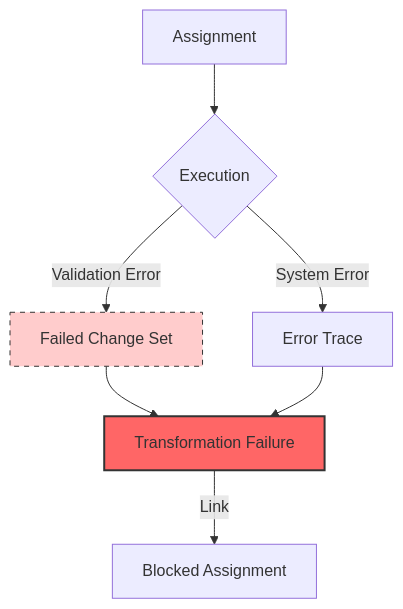
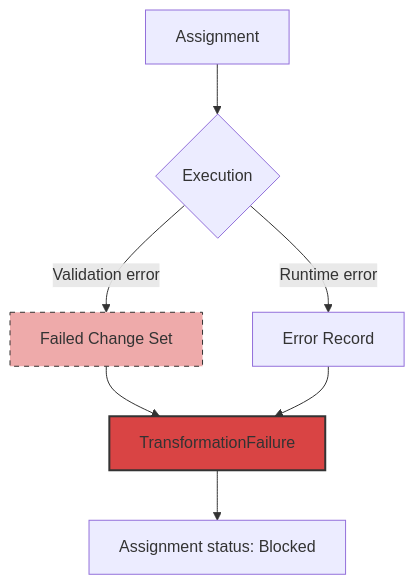
One commit to Mikhail-Shakhnazarov/earmark-kernel changed the diagram in docs/concepts/failures.md. Above: the diagram before and after it, drawn with Mermaid. The commit also changed other lines of this file and 61 other files, not shown here.

````diff
--- a/docs/concepts/failures.md
+++ b/docs/concepts/failures.md
@@ -11,14 +9,14 @@
 ```mermaid
 flowchart TD
     A[Assignment] --> B{Execution}
-    B -->|Validation Error| CS[Failed Change Set]
-    B -->|System Error| E[Error Trace]
-    
-    CS --> F[Transformation Failure]
+    B -->|Validation error| CS[Failed Change Set]
+    B -->|Runtime error| E[Error Record]
+
+    CS --> F[TransformationFailure]
     E --> F
-    
-    F --> |Link| BA[Blocked Assignment]
-    
-    style F fill:#f66,stroke:#333,stroke-width:2px
-    style CS fill:#fcc,stroke:#333,stroke-dasharray: 5 5
+
+    F --> BA[Assignment status: Blocked]
+
+    style F fill:#d94444,stroke:#333,stroke-width:2px
+    style CS fill:#eaa,stroke:#333,stroke-dasharray: 5 5
 ```
````
